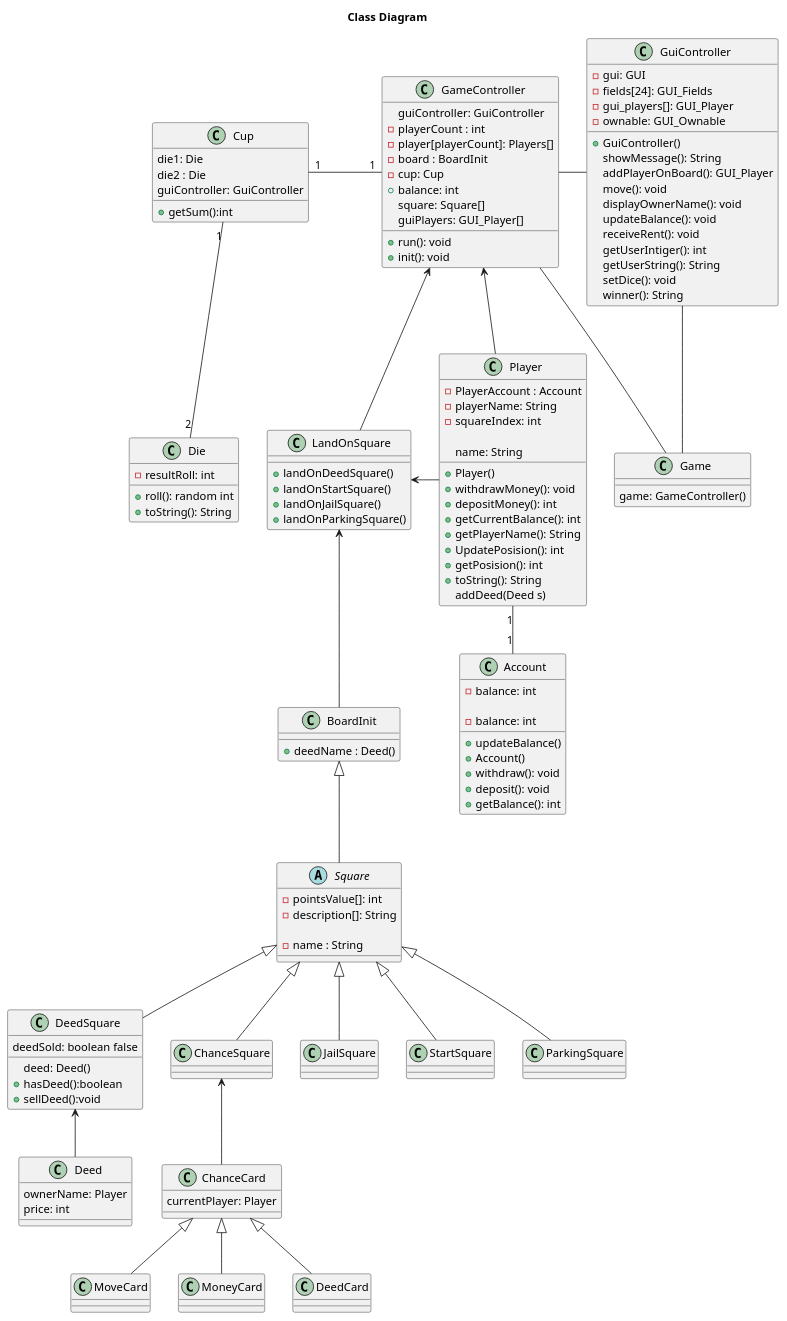
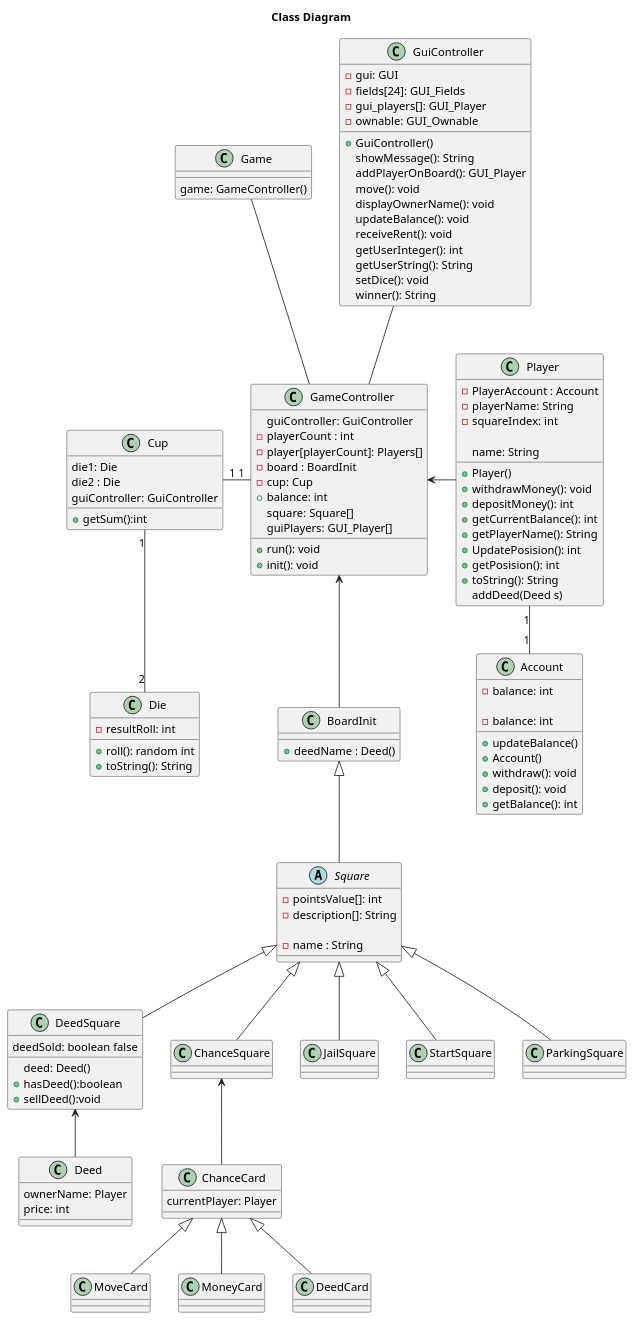
The diagram in Diagrams/ClassDiagram.puml (hellomelissaw/Matador), drawn with PlantUML before and after one commit.

Commit message:
Tidying up class diagram

```diff
--- a/Diagrams/ClassDiagram.puml
+++ b/Diagrams/ClassDiagram.puml
@@ -1,195 +1,182 @@
 @startuml
 
 title Class Diagram
 
 class Game{
 game: GameController()
 }
 
 
 class Cup{
 die1: Die
 die2 : Die
 guiController: GuiController
 +getSum():int
 }
 
 class Die {
 -resultRoll: int
 
 +roll(): random int
 +toString(): String
 }
 
 class GameController {
 guiController: GuiController
 -playerCount : int
 -player[playerCount]: Players[]
 -board : BoardInit
 -cup: Cup
 +balance: int
 square: Square[]
 guiPlayers: GUI_Player[]
 
 +run(): void
 +init(): void
 
-}
-
-class LandOnSquare {
-+landOnDeedSquare()
-+landOnStartSquare()
-+landOnJailSquare()
-+landOnParkingSquare()
 }
 
 class Player{
 -PlayerAccount : Account
 -playerName: String
 -squareIndex: int
 +Player()
 +withdrawMoney(): void
 +depositMoney(): int
 +getCurrentBalance(): int
 +getPlayerName(): String
 +UpdatePosision(): int
 +getPosision(): int
 +toString(): String
 
 }
 
 class Account{
 -balance: int
 +updateBalance()
 
 }
 
 class Square {
 -pointsValue[]: int
 -description[]: String
 
 }
 
 class BoardInit {
 +deedName : Deed()
 
 }
 
 abstract class Square {
 - name : String
 }
 
 class DeedSquare {
 deed: Deed()
 deedSold: boolean false
 +hasDeed():boolean
 +sellDeed():void
 
 }
 
 class Deed {
 ownerName: Player
 price: int
 
 }
 
 class Player {
 name: String
 addDeed(Deed s)
 
 }
 
 class Account {
 -balance: int
 +Account()
 +withdraw(): void
 +deposit(): void
 +getBalance(): int
 
 }
 
 class ChanceSquare {}
 
 class ChanceCard {}
 
 class JailSquare {}
 
 class StartSquare {}
 
 class ParkingSquare {}
 
 class GuiController{
 -gui: GUI
 -fields[24]: GUI_Fields
 -gui_players[]: GUI_Player
 -ownable: GUI_Ownable
 +GuiController()
 showMessage(): String
 addPlayerOnBoard(): GUI_Player
 move(): void
 displayOwnerName(): void
 updateBalance(): void
 receiveRent(): void
-getUserIntiger(): int
+getUserInteger(): int
 getUserString(): String
 setDice(): void
 winner(): String
 }
 
 class ChanceCard {
 currentPlayer: Player
 
 }
 
 class MoveCard {
 
 }
 
 GameController -up- Game
 
-GuiController -right Game
+GuiController -down- GameController
 
-GameController <-down- LandOnSquare
-
-GuiController -left GameController
-
-LandOnSquare <-down- BoardInit
-
-LandOnSquare <-right- Player
+GameController <-down- BoardInit
 
 BoardInit <|-down- Square
 
 Square <|-down- DeedSquare
 
 DeedSquare <-down- Deed
 
 Square  <|-down- ChanceSquare
 
 ChanceSquare <-down- ChanceCard
 
 Square  <|-down- JailSquare
 
 Square  <|-down- StartSquare
 
 Square  <|-down- ParkingSquare
 
 ChanceCard <|-down- MoveCard
 
 ChanceCard <|-down- MoneyCard
 
 ChanceCard <|-down- DeedCard
 
 
 
 GameController <-right- Player
 
 GameController "1" -left- "1" Cup
 
 
 
 
 Cup "1" -down- "2" Die
 
 Player "1" -down- "1" Account
 
 @enduml
```
